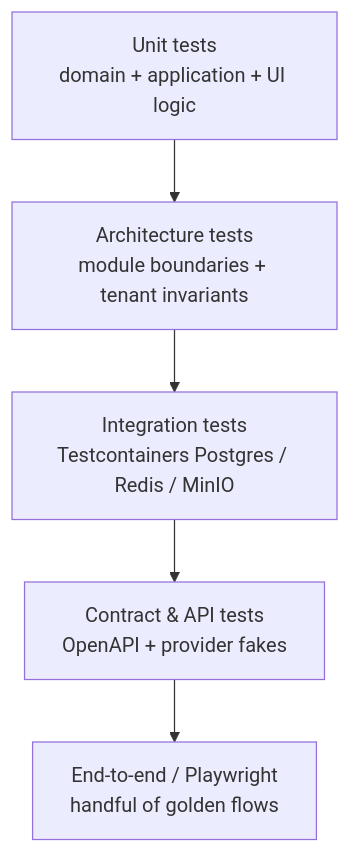
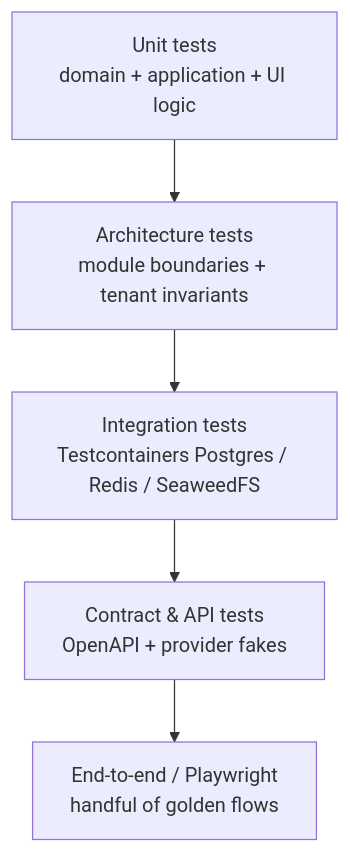
The diagram in docs/standards/06-testing.md (HodeTech/LearnStack), drawn with Mermaid before and after one commit. The commit also changed other lines of this file and 42 other files, not shown here.

````diff
--- a/docs/standards/06-testing.md
+++ b/docs/standards/06-testing.md
@@ -10,10 +10,10 @@
 ```mermaid
 flowchart TB
   e2e[End-to-end / Playwright<br/>handful of golden flows]
   contract[Contract & API tests<br/>OpenAPI + provider fakes]
-  integration[Integration tests<br/>Testcontainers Postgres / Redis / MinIO]
+  integration[Integration tests<br/>Testcontainers Postgres / Redis / SeaweedFS]
   arch[Architecture tests<br/>module boundaries + tenant invariants]
   unit[Unit tests<br/>domain + application + UI logic]
 
   unit --> arch --> integration --> contract --> e2e
 ```
````
